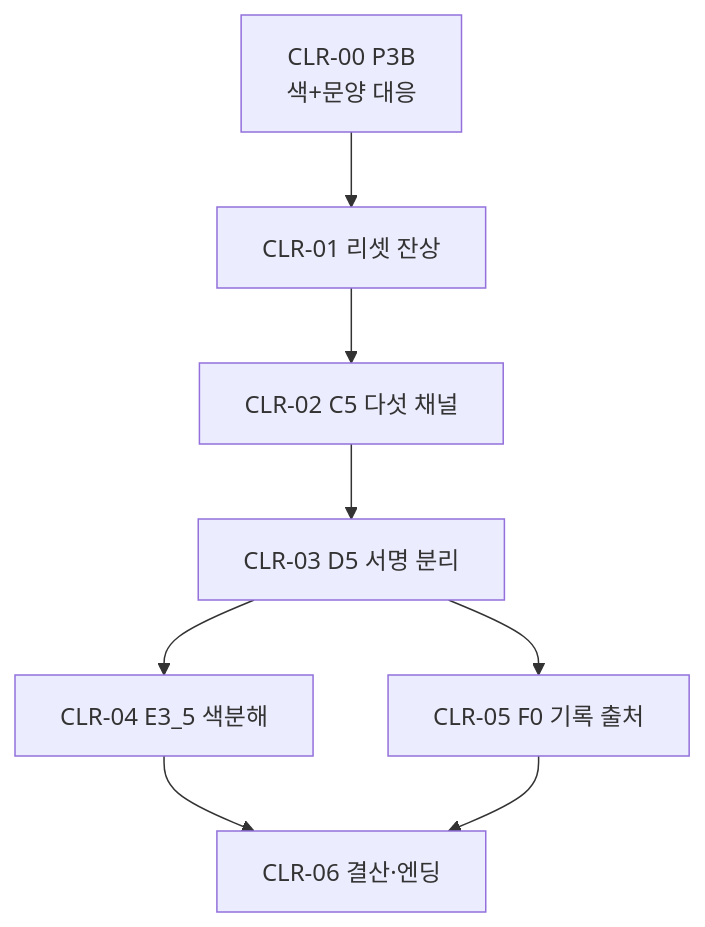
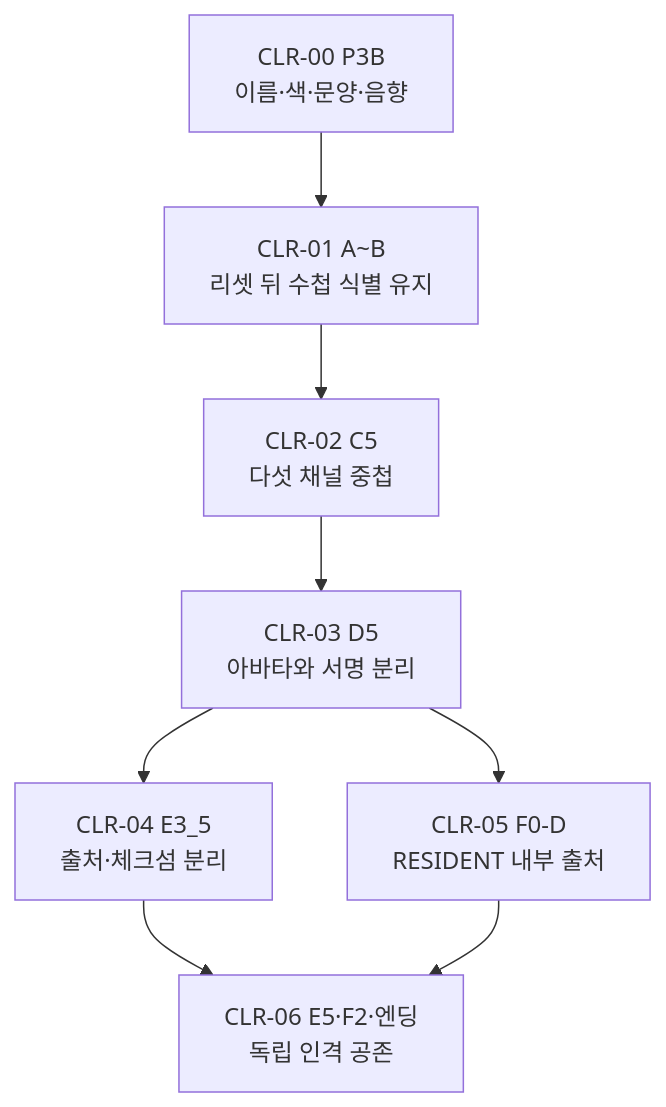
The eighth of 9 diagrams in ideas/md/v04/03_전체이벤트흐름도.md (devb-eru/ggb), drawn with Mermaid before and after one commit. The commit also changed other lines of this file, not shown here.

````diff
--- a/ideas/md/v04/03_전체이벤트흐름도.md
+++ b/ideas/md/v04/03_전체이벤트흐름도.md
@@ -141,10 +866,10 @@
 ```mermaid
 flowchart TB
-    CLR0["CLR-00 P3B<br/>색+문양 대응"] --> CLR1["CLR-01 리셋 잔상"]
-    CLR1 --> CLR2["CLR-02 C5 다섯 채널"]
-    CLR2 --> CLR3["CLR-03 D5 서명 분리"]
-    CLR3 --> CLR4["CLR-04 E3_5 색분해"]
-    CLR3 --> CLR5["CLR-05 F0 기록 출처"]
-    CLR4 --> CLR6["CLR-06 결산·엔딩"]
+    CLR0["CLR-00 P3B<br/>이름·색·문양·음향"] --> CLR1["CLR-01 A~B<br/>리셋 뒤 수첩 식별 유지"]
+    CLR1 --> CLR2["CLR-02 C5<br/>다섯 채널 중첩"]
+    CLR2 --> CLR3["CLR-03 D5<br/>아바타와 서명 분리"]
+    CLR3 --> CLR4["CLR-04 E3_5<br/>출처·체크섬 분리"]
+    CLR3 --> CLR5["CLR-05 F0-D<br/>RESIDENT 내부 출처"]
+    CLR4 --> CLR6["CLR-06 E5·F2·엔딩<br/>독립 인격 공존"]
     CLR5 --> CLR6
 ```
````
